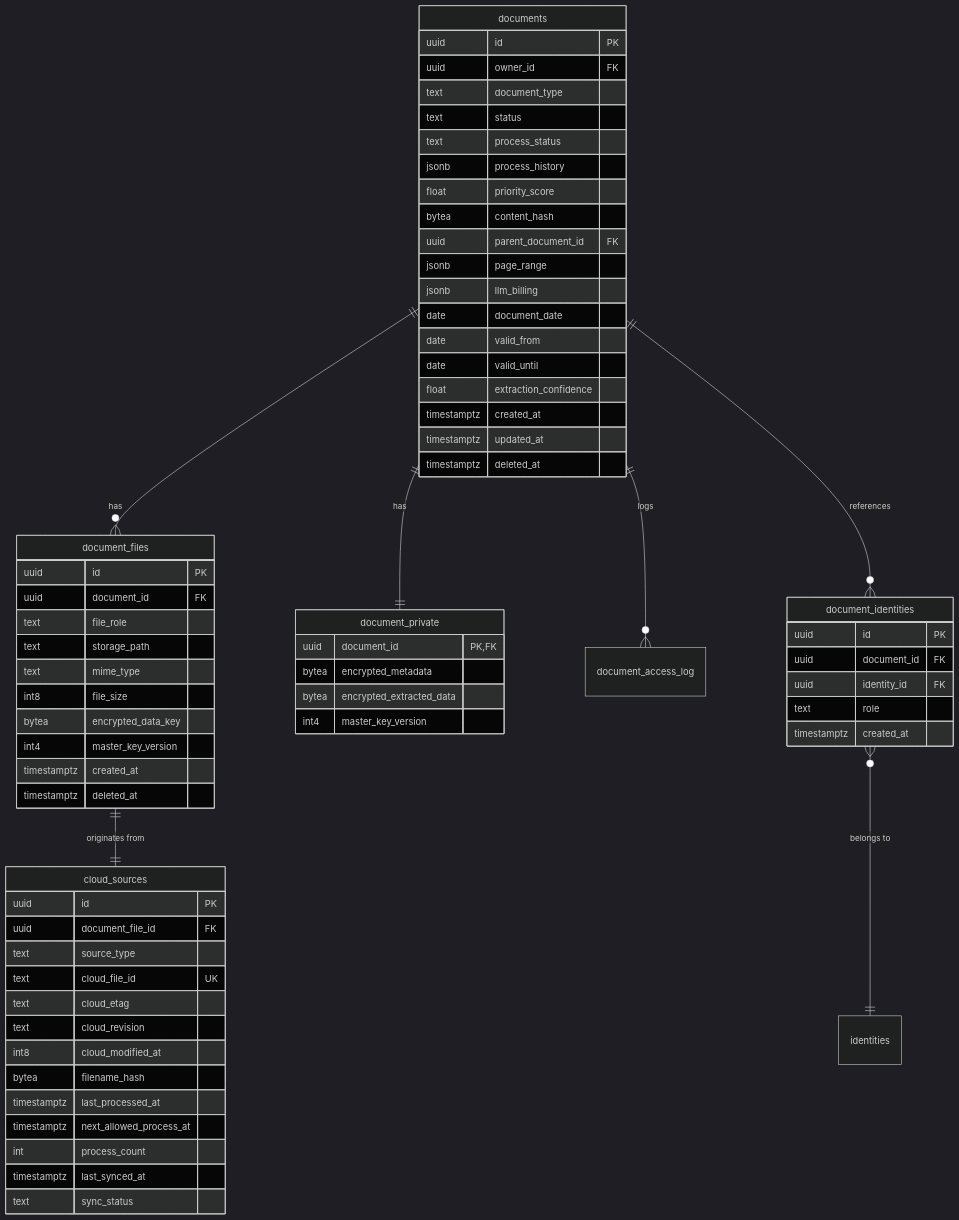
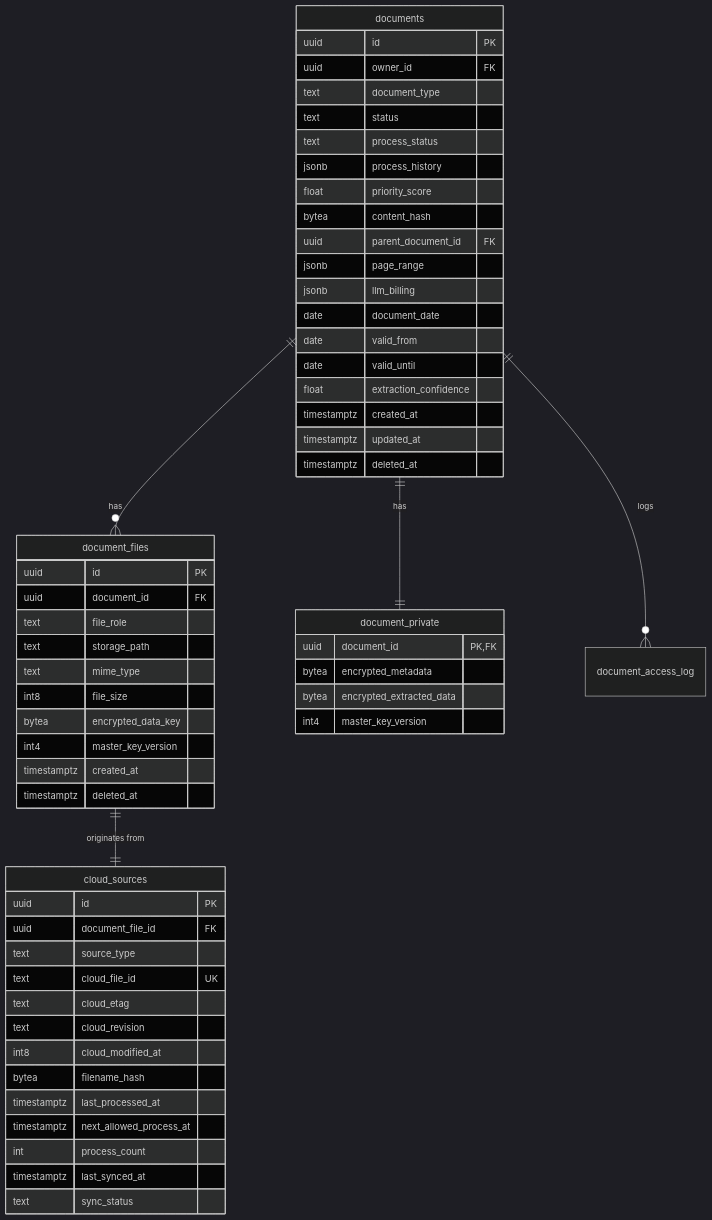
Before and after one commit to fu-iq12/DocGather: the second of 7 diagrams in docs/architecture/documents.md, drawn with Mermaid (dark theme). The commit also changed other lines of this file and 38 other files, not shown here.

````diff
--- a/docs/architecture/documents.md
+++ b/docs/architecture/documents.md
@@ -104,74 +104,64 @@
 ```mermaid
 erDiagram
     documents ||--o{ document_files : "has"
     documents ||--|| document_private : "has"
     documents ||--o{ document_access_log : "logs"
-    documents ||--o{ document_identities : "references"
-    document_identities }o--|| identities : "belongs to"
     document_files ||--|| cloud_sources : "originates from"
 
     documents {
         uuid id PK
         uuid owner_id FK
         text document_type
         text status
         text process_status
         jsonb process_history
         float priority_score
         bytea content_hash
         uuid parent_document_id FK
         jsonb page_range
         jsonb llm_billing
         date document_date
         date valid_from
         date valid_until
         float extraction_confidence
         timestamptz created_at
         timestamptz updated_at
         timestamptz deleted_at
-    }
-
-    document_identities {
-        uuid id PK
-        uuid document_id FK
-        uuid identity_id FK
-        text role
-        timestamptz created_at
     }
 
     document_files {
         uuid id PK
         uuid document_id FK
         text file_role
         text storage_path
         text mime_type
         int8 file_size
         bytea encrypted_data_key
         int4 master_key_version
         timestamptz created_at
         timestamptz deleted_at
     }
 
     document_private {
         uuid document_id PK,FK
         bytea encrypted_metadata
         bytea encrypted_extracted_data
         int4 master_key_version
     }
 
     cloud_sources {
         uuid id PK
         uuid document_file_id FK
         text source_type
         text cloud_file_id UK
         text cloud_etag
         text cloud_revision
         int8 cloud_modified_at
         bytea filename_hash
         timestamptz last_processed_at
         timestamptz next_allowed_process_at
         int process_count
         timestamptz last_synced_at
         text sync_status
     }
 ```
````
